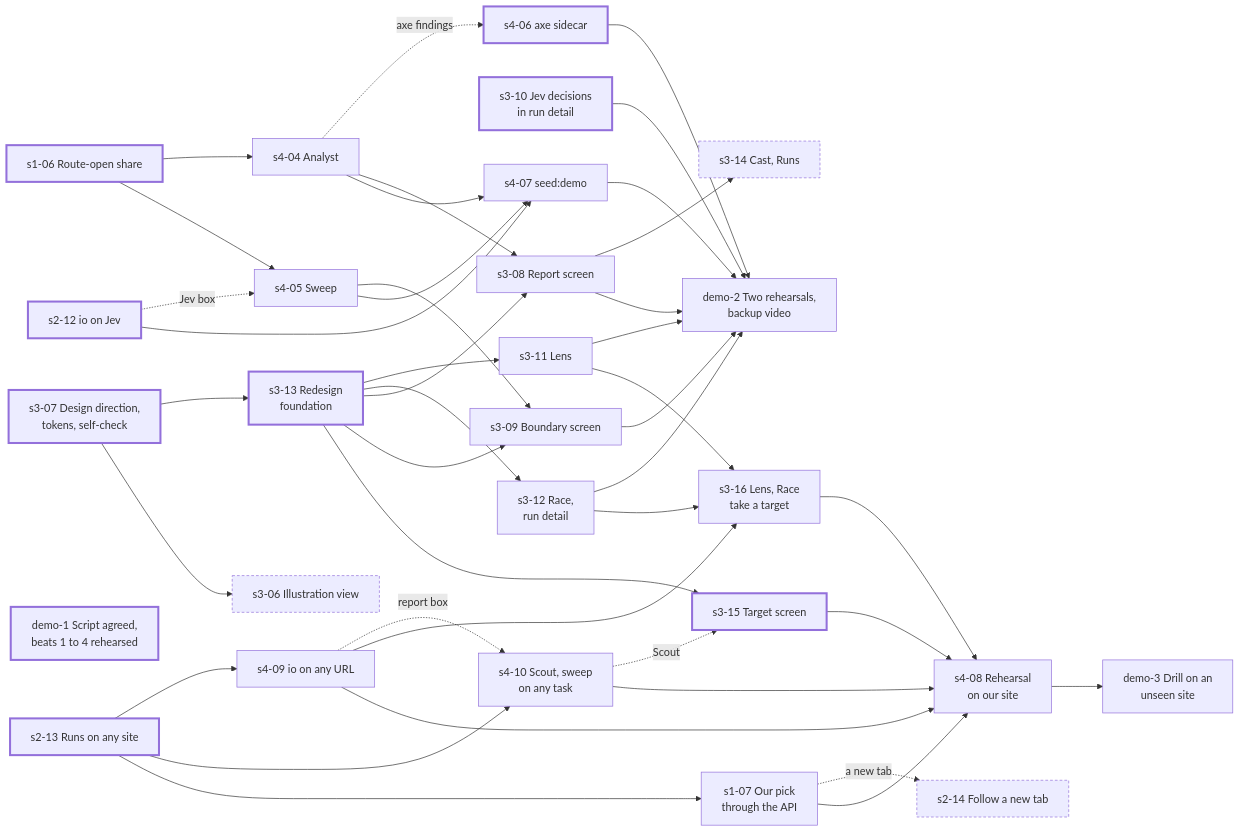
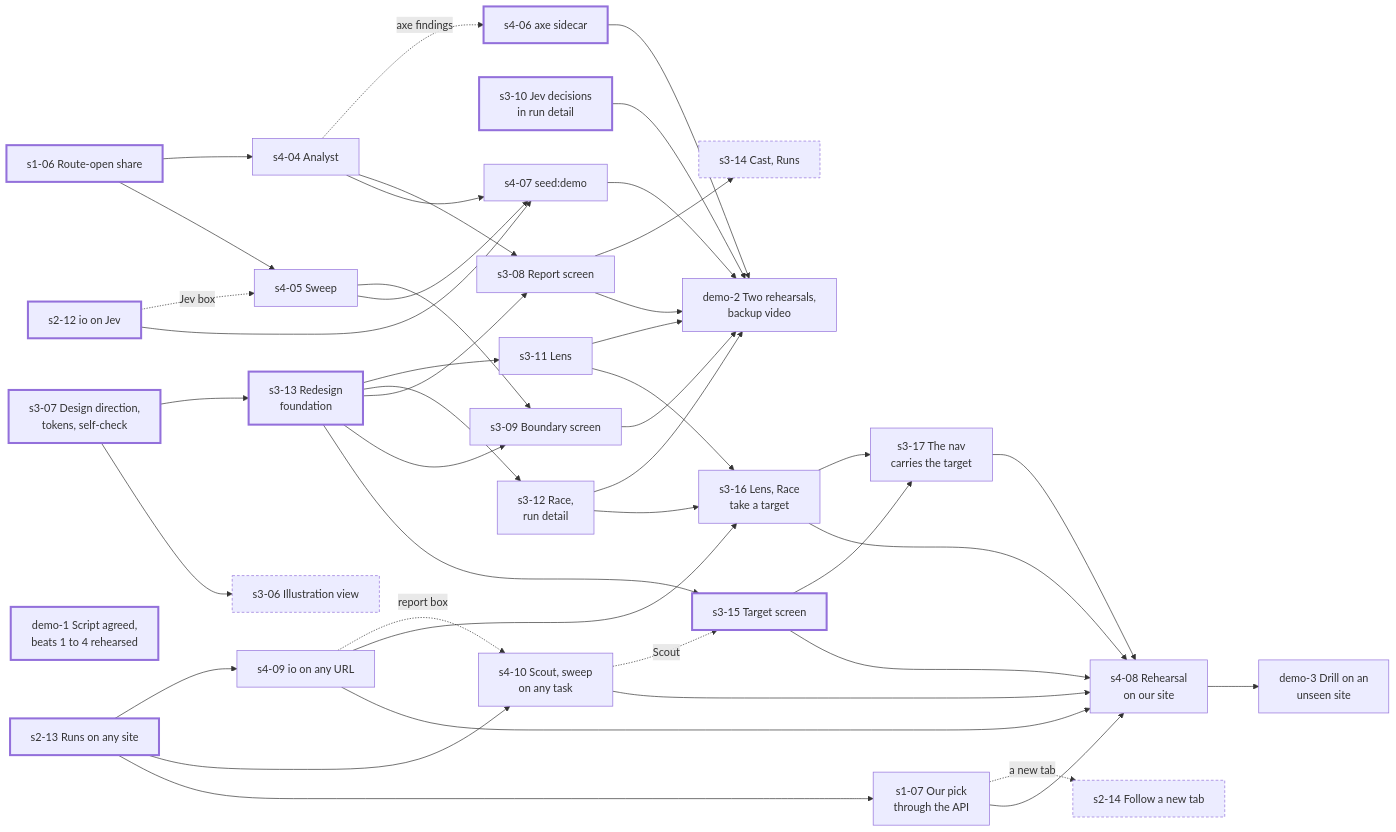
Before and after one commit to CShark-Hub/wayford: the diagram in docs/ROADMAP.md, drawn with Mermaid. The commit also changed other lines of this file and 4 other files, not shown here.

First line of the commit message:
ADR 0003 amended: the nav carries the target, and s3-17

````diff
--- a/docs/ROADMAP.md
+++ b/docs/ROADMAP.md
@@ -158,78 +158,82 @@
 ```mermaid
 flowchart LR
   classDef ready stroke-width:3px
   classDef optional stroke-dasharray:4 3
 
 
   s3_07["s3-07 Design direction,<br/>tokens, self-check"]
   s3_13["s3-13 Redesign<br/>foundation"]
   s1_06["s1-06 Route-open share"]
   s4_06["s4-06 axe sidecar"]
   s2_12["s2-12 io on Jev"]
   s3_10["s3-10 Jev decisions<br/>in run detail"]
   s4_04["s4-04 Analyst"]
   s4_05["s4-05 Sweep"]
   s3_11["s3-11 Lens"]
   s3_12["s3-12 Race,<br/>run detail"]
   s3_08["s3-08 Report screen"]
   s3_09["s3-09 Boundary screen"]
   s3_14["s3-14 Cast, Runs"]
   s4_07["s4-07 seed:demo"]
   demo1["demo-1 Script agreed,<br/>beats 1 to 4 rehearsed"]
   demo2["demo-2 Two rehearsals,<br/>backup video"]
 
   s3_06["s3-06 Illustration view"]
 
   s2_13["s2-13 Runs on any site"]
   s2_14["s2-14 Follow a new tab"]
   s4_09["s4-09 io on any URL"]
   s4_10["s4-10 Scout, sweep<br/>on any task"]
   s3_15["s3-15 Target screen"]
   s3_16["s3-16 Lens, Race<br/>take a target"]
+  s3_17["s3-17 The nav<br/>carries the target"]
   s4_08["s4-08 Rehearsal<br/>on our site"]
   s1_07["s1-07 Our pick<br/>through the API"]
   demo3["demo-3 Drill on an<br/>unseen site"]
 
   s1_06 --> s4_04
   s1_06 --> s4_05
   s4_04 -. axe findings .-> s4_06
   s2_12 -. Jev box .-> s4_05
   s3_07 --> s3_13
   s3_13 --> s3_11
   s3_13 --> s3_12
   s4_04 --> s3_08
   s3_13 --> s3_08
   s4_05 --> s3_09
   s3_13 --> s3_09
   s3_08 --> s3_14
   s4_04 --> s4_07
   s4_05 --> s4_07
   s2_12 --> s4_07
   s4_07 --> demo2
   s3_08 --> demo2
   s3_09 --> demo2
   s3_11 --> demo2
   s3_12 --> demo2
   s3_10 --> demo2
   s4_06 --> demo2
   s3_07 --> s3_06
   s2_13 --> s4_09
   s2_13 --> s4_10
   s4_09 -. report box .-> s4_10
   s3_13 --> s3_15
   s4_10 -. Scout .-> s3_15
   s3_11 --> s3_16
   s3_12 --> s3_16
   s4_09 --> s3_16
+  s3_15 --> s3_17
+  s3_16 --> s3_17
   s2_13 --> s1_07
   s1_07 -. a new tab .-> s2_14
   s1_07 --> s4_08
   s4_09 --> s4_08
   s4_10 --> s4_08
   s3_15 --> s4_08
   s3_16 --> s4_08
+  s3_17 --> s4_08
   s4_08 --> demo3
 
   class s3_07,s3_13,s1_06,s4_06,s2_12,s3_10,demo1,s2_13,s3_15 ready
   class s3_06,s3_14,s2_14 optional
 ```
````
